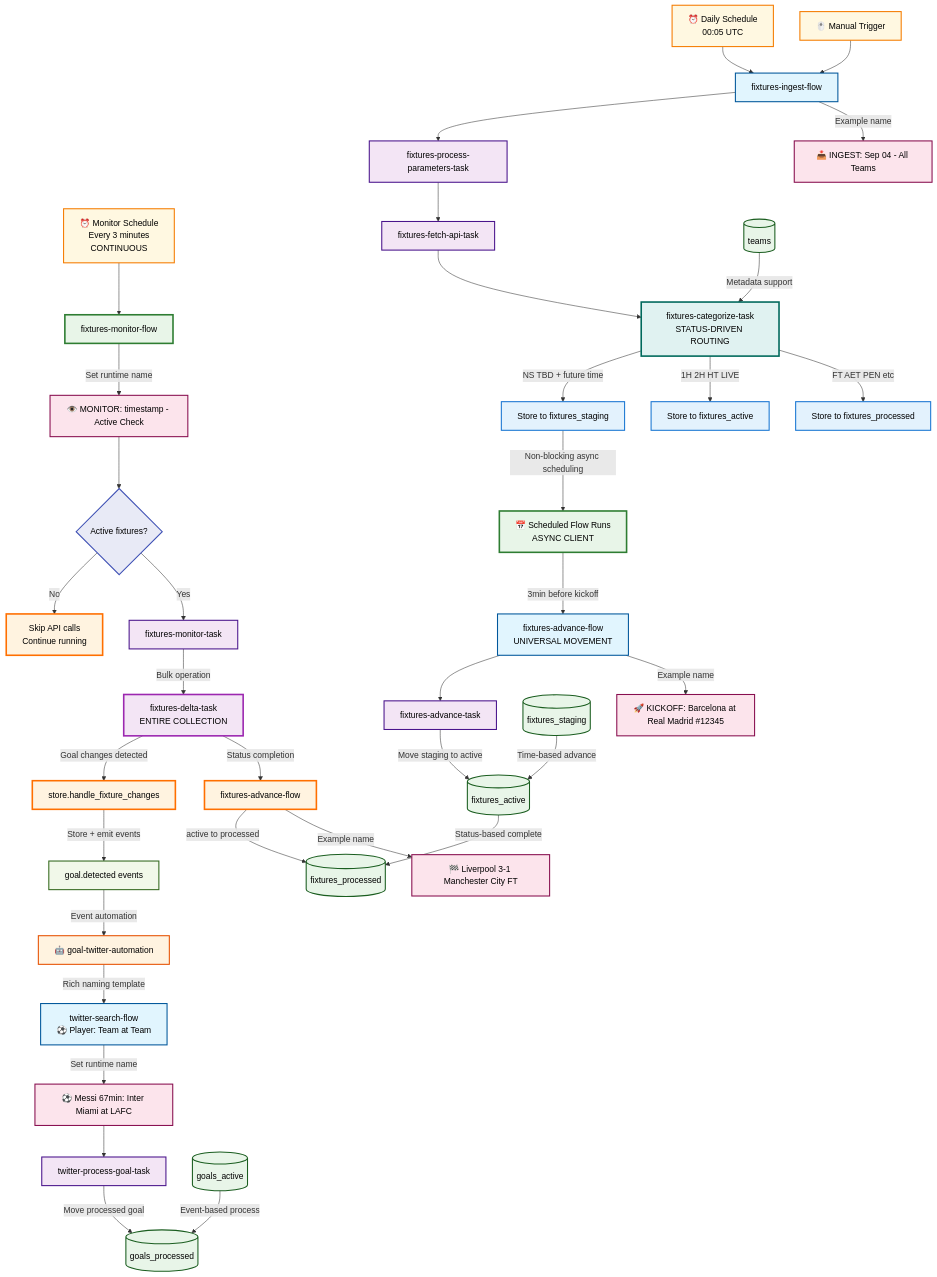
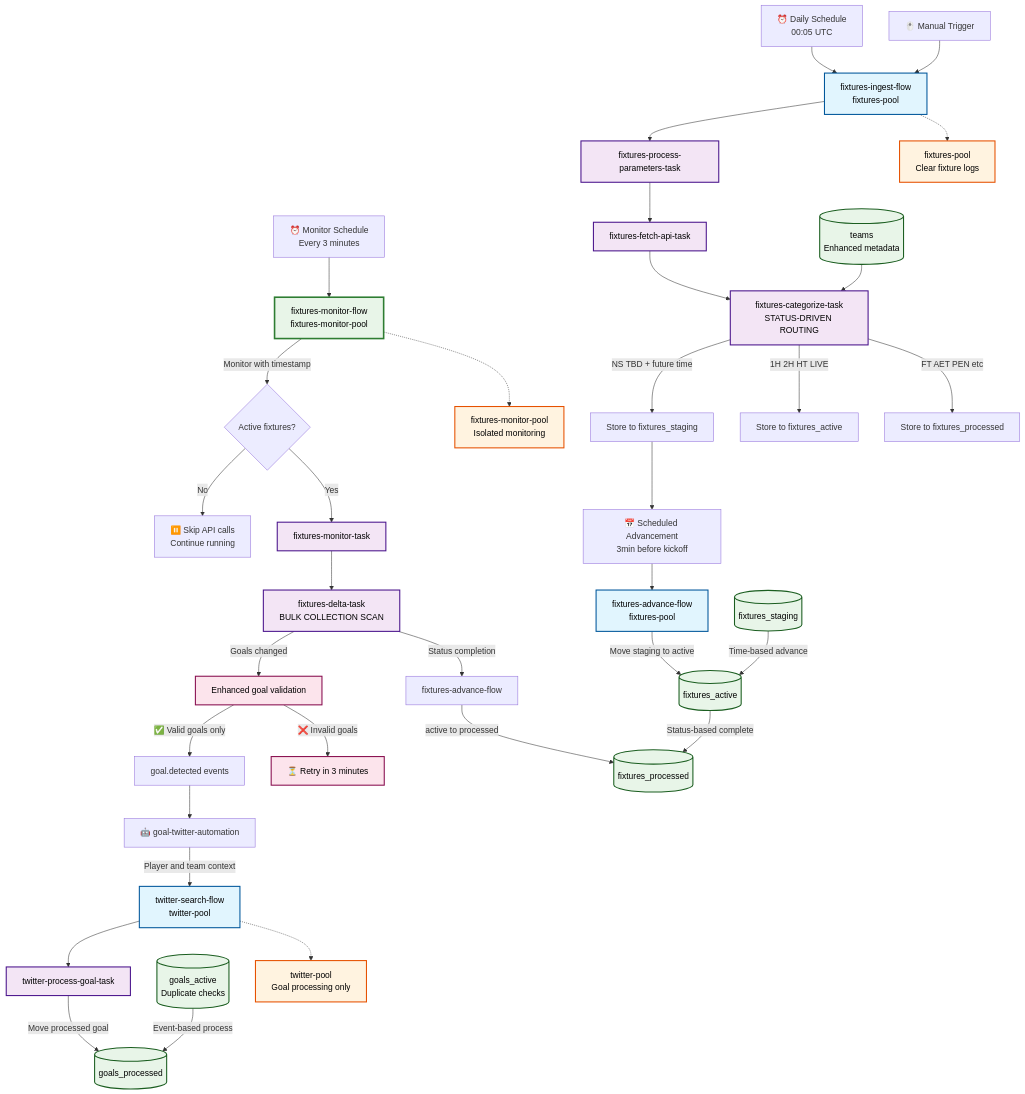
Before and after one commit to vedantadhobley/found-footy: the first of 2 diagrams in README.md, drawn with Mermaid. The commit also changed other lines of this file and 8 other files, not shown here.

Commit message:
Functional flow naming. Working on improvements.

````diff
--- a/README.md
+++ b/README.md
@@ -17,82 +17,62 @@
 ```mermaid
 graph TB
     %% External Triggers
-    Daily[⏰ Daily Schedule<br/>00:05 UTC] --> FIF[fixtures-ingest-flow]
-    Monitor[⏰ Monitor Schedule<br/>Every 3 minutes<br/>CONTINUOUS] --> FMF[fixtures-monitor-flow]
+    Daily[⏰ Daily Schedule<br/>00:05 UTC] --> FIF[fixtures-ingest-flow<br/>fixtures-pool]
+    Monitor[⏰ Monitor Schedule<br/>Every 3 minutes] --> FMF[fixtures-monitor-flow<br/>fixtures-monitor-pool]
     Manual[🖱️ Manual Trigger] --> FIF
     
-    %% Pure Ingest Flow - Status-Based Routing
+    %% Ingest Flow - Status-Based Routing
     FIF --> FPP[fixtures-process-parameters-task]
     FPP --> FFA[fixtures-fetch-api-task]
     FFA --> FCT[fixtures-categorize-task<br/>STATUS-DRIVEN ROUTING]
     FCT --> |NS TBD + future time| STAGING[Store to fixtures_staging]
     FCT --> |1H 2H HT LIVE| ACTIVE[Store to fixtures_active]
     FCT --> |FT AET PEN etc| COMPLETED[Store to fixtures_processed]
-    STAGING --> |Non-blocking async scheduling| SCHED[📅 Scheduled Flow Runs<br/>ASYNC CLIENT]
+    STAGING --> SCHED[📅 Scheduled Advancement<br/>3min before kickoff]
     
     %% Universal Advance Flow
-    SCHED --> |3min before kickoff| FAF[fixtures-advance-flow<br/>UNIVERSAL MOVEMENT]
-    FAF --> FAT[fixtures-advance-task]
-    FAT --> |Move staging to active| FA[(fixtures_active)]
+    SCHED --> FAF[fixtures-advance-flow<br/>fixtures-pool]
+    FAF --> |Move staging to active| FA[(fixtures_active)]
     
-    %% Pure Monitor Flow
-    FMF --> |Set runtime name| SET_NAME[👁️ MONITOR: timestamp - Active Check]
-    SET_NAME --> CHECK{Active fixtures?}
-    CHECK -->|No| SKIP[Skip API calls<br/>Continue running]
+    %% Dedicated Monitor Flow
+    FMF --> |Monitor with timestamp| CHECK{Active fixtures?}
+    CHECK -->|No| SKIP[⏸️ Skip API calls<br/>Continue running]
     CHECK -->|Yes| FMT[fixtures-monitor-task]
-    FMT --> |Bulk operation| FDT[fixtures-delta-task<br/>ENTIRE COLLECTION]
-    FDT --> |Goal changes detected| HANDLE[store.handle_fixture_changes]
+    FMT --> FDT[fixtures-delta-task<br/>BULK COLLECTION SCAN]
+    FDT --> |Goals changed| HANDLE[Enhanced goal validation]
     FDT --> |Status completion| COMPLETE[fixtures-advance-flow]
-    HANDLE --> |Store + emit events| GTE[goal.detected events]
+    HANDLE --> |✅ Valid goals only| GTE[goal.detected events]
+    HANDLE --> |❌ Invalid goals| RETRY[⏳ Retry in 3 minutes]
     COMPLETE --> |active to processed| FP[(fixtures_processed)]
     
     %% Event-Driven Goal Processing
-    GTE --> |Event automation| AUT[🤖 goal-twitter-automation]
-    AUT --> |Rich naming template| TSF[twitter-search-flow<br/>⚽ Player: Team at Team]
-    TSF --> |Set runtime name| TSF_NAME[⚽ Messi 67min: Inter Miami at LAFC]
-    TSF_NAME --> TPT[twitter-process-goal-task]
+    GTE --> AUT[🤖 goal-twitter-automation]
+    AUT --> |Player and team context| TSF[twitter-search-flow<br/>twitter-pool]
+    TSF --> TPT[twitter-process-goal-task]
     TPT --> |Move processed goal| GP[(goals_processed)]
     
-    %% Data Collections
+    %% Data Collections with Duplicate Prevention
     FS[(fixtures_staging)] --> |Time-based advance| FA
     FA --> |Status-based complete| FP
-    GA[(goals_active)] --> |Event-based process| GP
-    TS[(teams)] --> |Metadata support| FCT
+    GA[(goals_active<br/>Duplicate checks)] --> |Event-based process| GP
+    TS[(teams<br/>Enhanced metadata)] --> FCT
     
-    %% Flow Naming Examples
-    FIF --> |Example name| FIF_NAME[📥 INGEST: Sep 04 - All Teams]
-    FAF --> |Example name| FAF_NAME[🚀 KICKOFF: Barcelona at Real Madrid #12345]
-    COMPLETE --> |Example name| COMP_NAME[🏁 Liverpool 3-1 Manchester City FT]
+    %% Worker Pool Isolation
+    FIF -.-> POOL1[fixtures-pool<br/>Clear fixture logs]
+    FMF -.-> POOL2[fixtures-monitor-pool<br/>Isolated monitoring]
+    TSF -.-> POOL3[twitter-pool<br/>Goal processing only]
     
-    %% Styling
-    classDef flow fill:#e1f5fe,stroke:#01579b,stroke-width:2px,color:#000000
-    classDef task fill:#f3e5f5,stroke:#4a148c,stroke-width:2px,color:#000000
-    classDef collection fill:#e8f5e8,stroke:#1b5e20,stroke-width:2px,color:#000000
-    classDef automation fill:#fff3e0,stroke:#e65100,stroke-width:2px,color:#000000
-    classDef scheduled fill:#fff9c4,stroke:#f57f17,stroke-width:2px,color:#000000
-    classDef event fill:#f1f8e9,stroke:#33691e,stroke-width:2px,color:#000000
-    classDef decision fill:#e8eaf6,stroke:#3f51b5,stroke-width:2px,color:#000000
-    classDef naming fill:#fce4ec,stroke:#880e4f,stroke-width:2px,color:#000000
-    classDef continuous fill:#e8f5e8,stroke:#2e7d32,stroke-width:3px,color:#000000
-    classDef universal fill:#fff3e0,stroke:#ff6f00,stroke-width:3px,color:#000000
-    classDef bulk fill:#f3e5f5,stroke:#9c27b0,stroke-width:3px,color:#000000
-    classDef status fill:#e0f2f1,stroke:#00695c,stroke-width:3px,color:#000000
-    classDef storage fill:#e3f2fd,stroke:#1976d2,stroke-width:2px,color:#000000
-    classDef trigger fill:#fff8e1,stroke:#f57c00,stroke-width:2px,color:#000000
-    classDef async fill:#e8f5e8,stroke:#2e7d32,stroke-width:3px,color:#000000
+    classDef flow fill:#e1f5fe,stroke:#01579b,stroke-width:2px,color:#000
+    classDef monitor fill:#e8f5e8,stroke:#2e7d32,stroke-width:3px,color:#000
+    classDef task fill:#f3e5f5,stroke:#4a148c,stroke-width:2px,color:#000
+    classDef collection fill:#e8f5e8,stroke:#1b5e20,stroke-width:2px,color:#000
+    classDef pool fill:#fff3e0,stroke:#e65100,stroke-width:2px,color:#000
+    classDef validation fill:#fce4ec,stroke:#880e4f,stroke-width:2px,color:#000
     
-    class FIF,TSF,FAF flow
-    class FMF continuous
-    class FPP,FFA,FMT,FAT,TPT task
-    class FCT status
-    class FDT bulk
+    class FIF,FAF,TSF flow
+    class FMF monitor
+    class FPP,FFA,FCT,FMT,FDT,TPT task
     class FS,FA,FP,GA,GP,TS collection
-    class AUT automation
-    class SCHED async
-    class GTE event
-    class CHECK decision
-    class FIF_NAME,FAF_NAME,COMP_NAME,SET_NAME,TSF_NAME naming
-    class STAGING,ACTIVE,COMPLETED storage
-    class Daily,Monitor,Manual trigger
-    class SKIP,HANDLE,COMPLETE universal
+    class POOL1,POOL2,POOL3 pool
+    class HANDLE,RETRY validation
 ```
````
